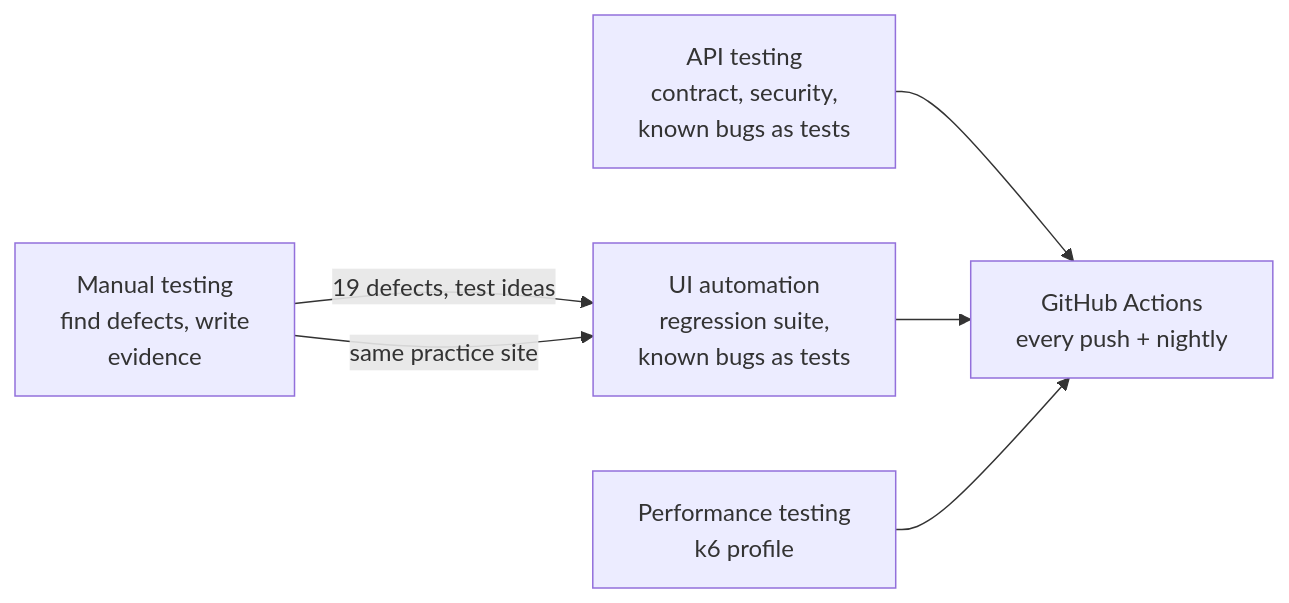
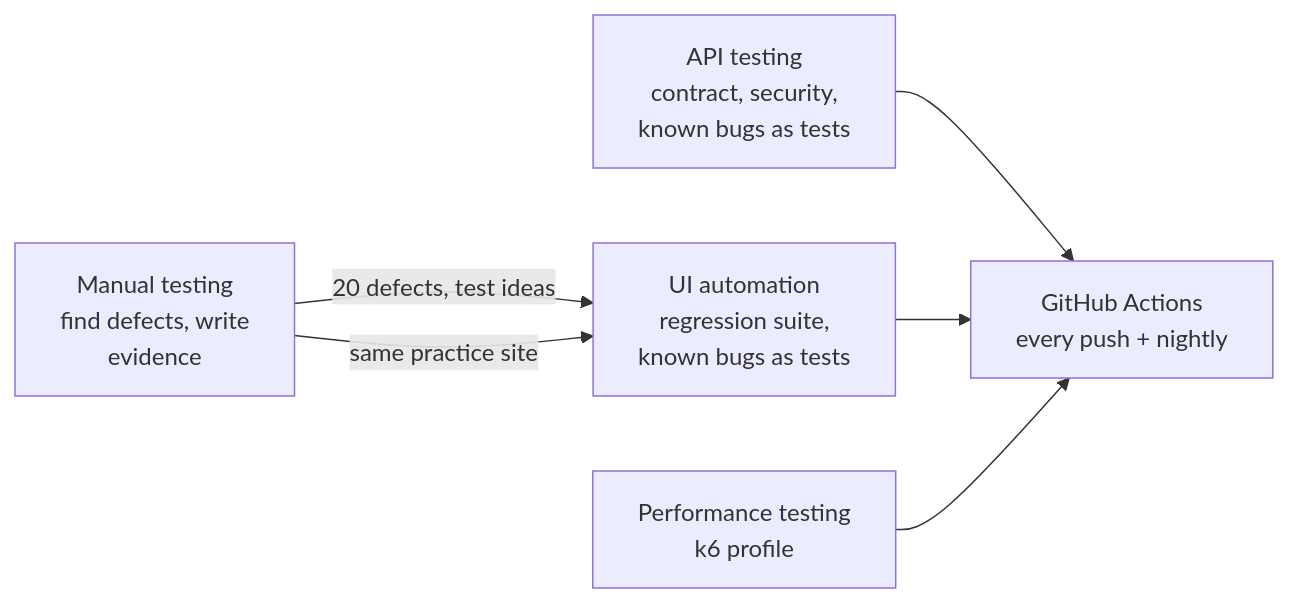
The diagram in README.md (jahidulislamrihan26/sqa-portfolio), drawn with Mermaid before and after one commit. The commit also changed other lines of this file and 37 other files, not shown here.

Commit message:
UI automation v3: tests linked to manual cases, 20 known defects captured, keyboard and security tests, lint, summary, traceability, phone profile, stability job; manual suite adds BUG-020

````diff
--- a/README.md
+++ b/README.md
@@ -19,8 +19,8 @@
 ```mermaid
 flowchart LR
-    M[Manual testing<br/>find defects, write<br/>evidence] -->|19 defects, test ideas| A[UI automation<br/>regression suite,<br/>known bugs as tests]
+    M[Manual testing<br/>find defects, write<br/>evidence] -->|20 defects, test ideas| A[UI automation<br/>regression suite,<br/>known bugs as tests]
     M -->|same practice site| A
     API[API testing<br/>contract, security,<br/>known bugs as tests] --> CI
     A --> CI[GitHub Actions<br/>every push + nightly]
     P[Performance testing<br/>k6 profile] --> CI
 ```
````
